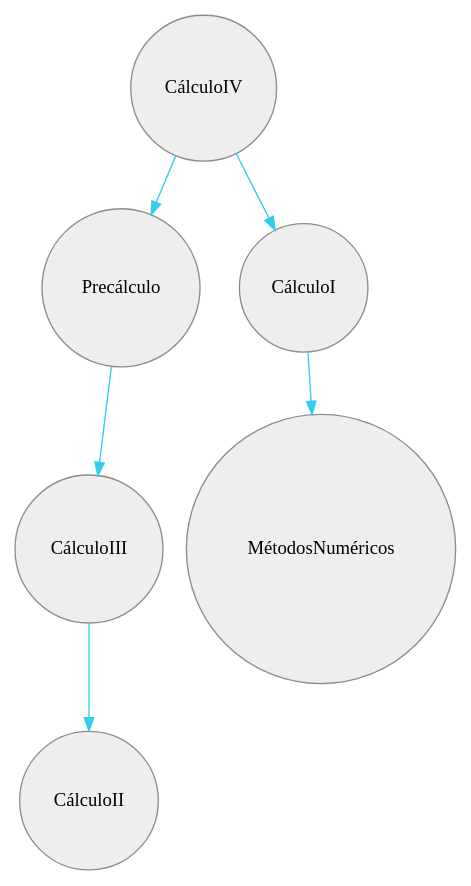
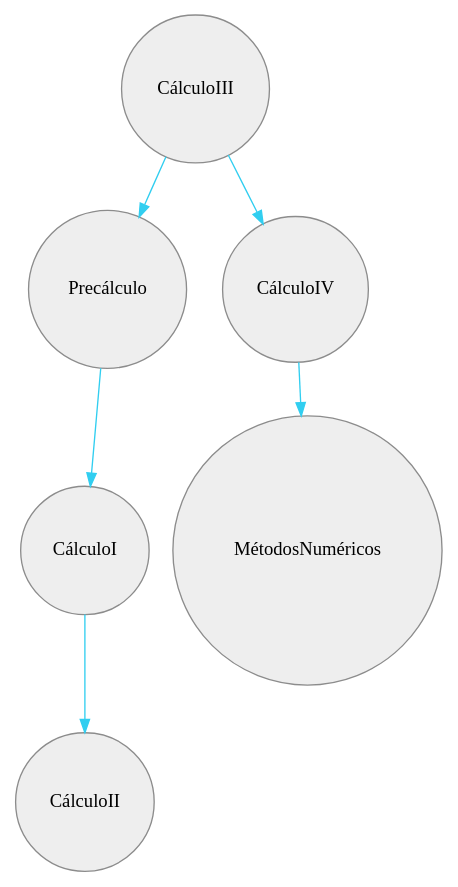
The diagram in src/main/java/persistence/graphMath.dot (Maxel-UP1/ProyectoApredizajePrimerCorte), drawn with Graphviz before and after one commit. The commit also changed 4 other files, not shown here.

```diff
--- a/src/main/java/persistence/graphMath.dot
+++ b/src/main/java/persistence/graphMath.dot
@@ -1,13 +1,13 @@
 digraph G {
 node [shape=circle];
 node [style=filled];
 node [fillcolor="#EEEEEE"];
 node [color="#8C8C8C"];
 edge [color="#31CEF0"];
-CálculoIV -> Precálculo -> CálculoIII -> CálculoII
+CálculoIII -> Precálculo -> CálculoI -> CálculoII
 
 
-CálculoIV -> CálculoI -> MétodosNuméricos
+CálculoIII -> CálculoIV -> MétodosNuméricos
 
 
 }
```
